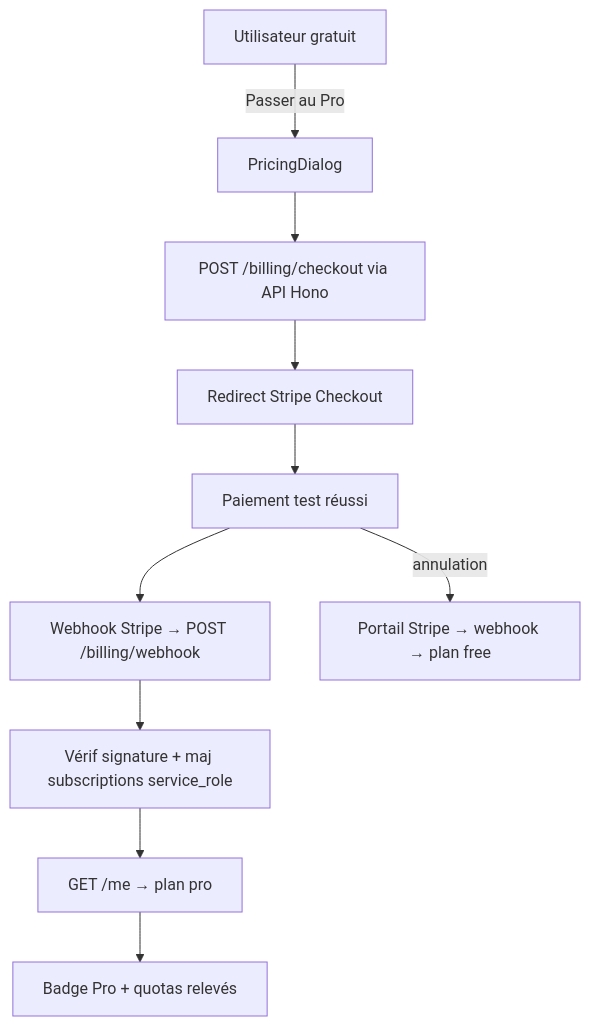
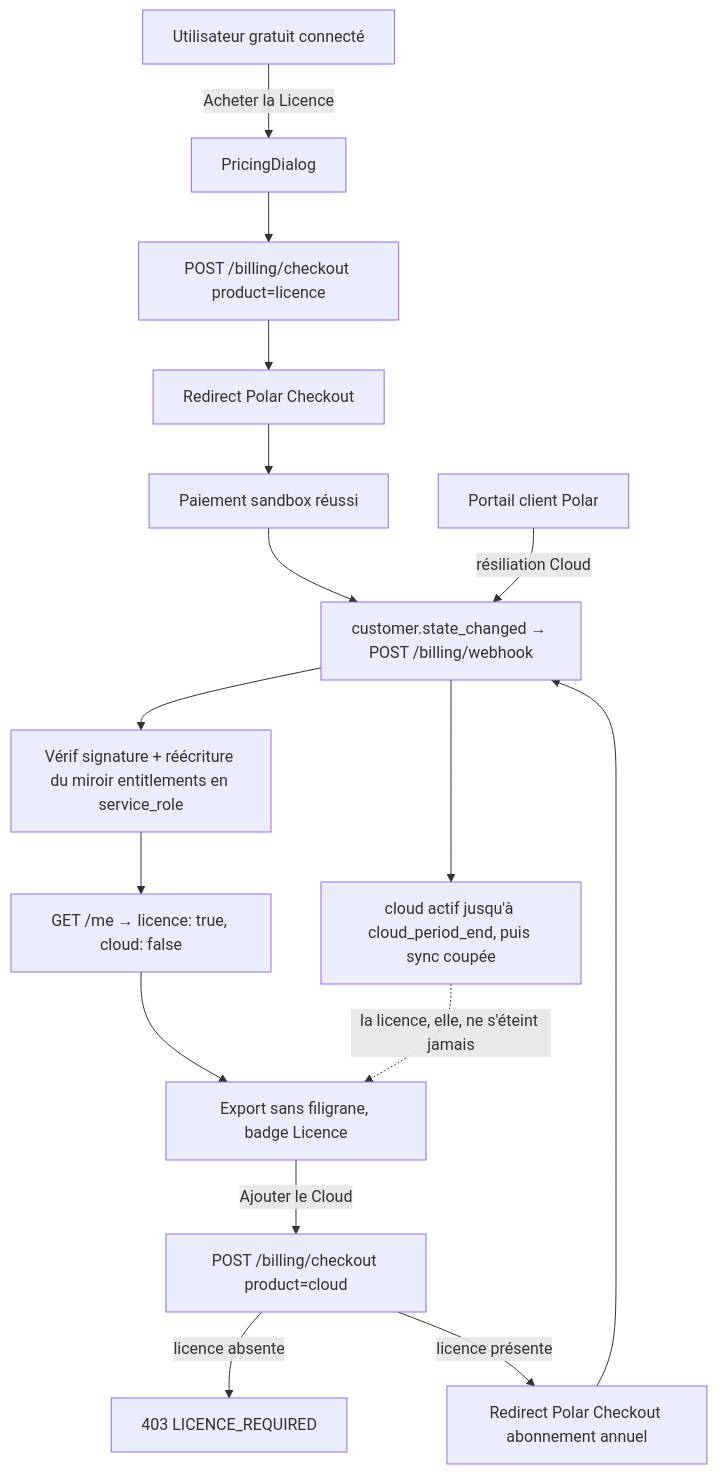
One commit to neogenz/screenforge changed the diagram in aidd_docs/tasks/2026_08/2026_08_05_screenforge-saas/phase-4.md. Above: the diagram before and after it, drawn with Mermaid. The commit also changed other lines of this file and 656 other files, not shown here.

````diff
--- a/aidd_docs/tasks/2026_08/2026_08_05_screenforge-saas/phase-4.md
+++ b/aidd_docs/tasks/2026_08/2026_08_05_screenforge-saas/phase-4.md
@@ -42,12 +48,18 @@
 ```mermaid
 flowchart TD
-  A[Utilisateur gratuit] -->|Passer au Pro| B[PricingDialog]
-  B --> C[POST /billing/checkout via API Hono]
-  C --> D[Redirect Stripe Checkout]
-  D --> E[Paiement test réussi]
-  E --> F[Webhook Stripe → POST /billing/webhook]
-  F --> G[Vérif signature + maj subscriptions service_role]
-  G --> H[GET /me → plan pro]
-  H --> I[Badge Pro + quotas relevés]
-  E -->|annulation| J[Portail Stripe → webhook → plan free]
+  A[Utilisateur gratuit connecté] -->|Acheter la Licence| B[PricingDialog]
+  B --> C[POST /billing/checkout product=licence]
+  C --> D[Redirect Polar Checkout]
+  D --> E[Paiement sandbox réussi]
+  E --> F[customer.state_changed → POST /billing/webhook]
+  F --> G[Vérif signature + réécriture du miroir entitlements en service_role]
+  G --> H[GET /me → licence: true, cloud: false]
+  H --> I[Export sans filigrane, badge Licence]
+  I -->|Ajouter le Cloud| J[POST /billing/checkout product=cloud]
+  J -->|licence absente| K[403 LICENCE_REQUIRED]
+  J -->|licence présente| L[Redirect Polar Checkout abonnement annuel]
+  L --> F
+  M[Portail client Polar] -->|résiliation Cloud| F
+  F --> N[cloud actif jusqu'à cloud_period_end, puis sync coupée]
+  N -.->|la licence, elle, ne s'éteint jamais| I
 ```
````
